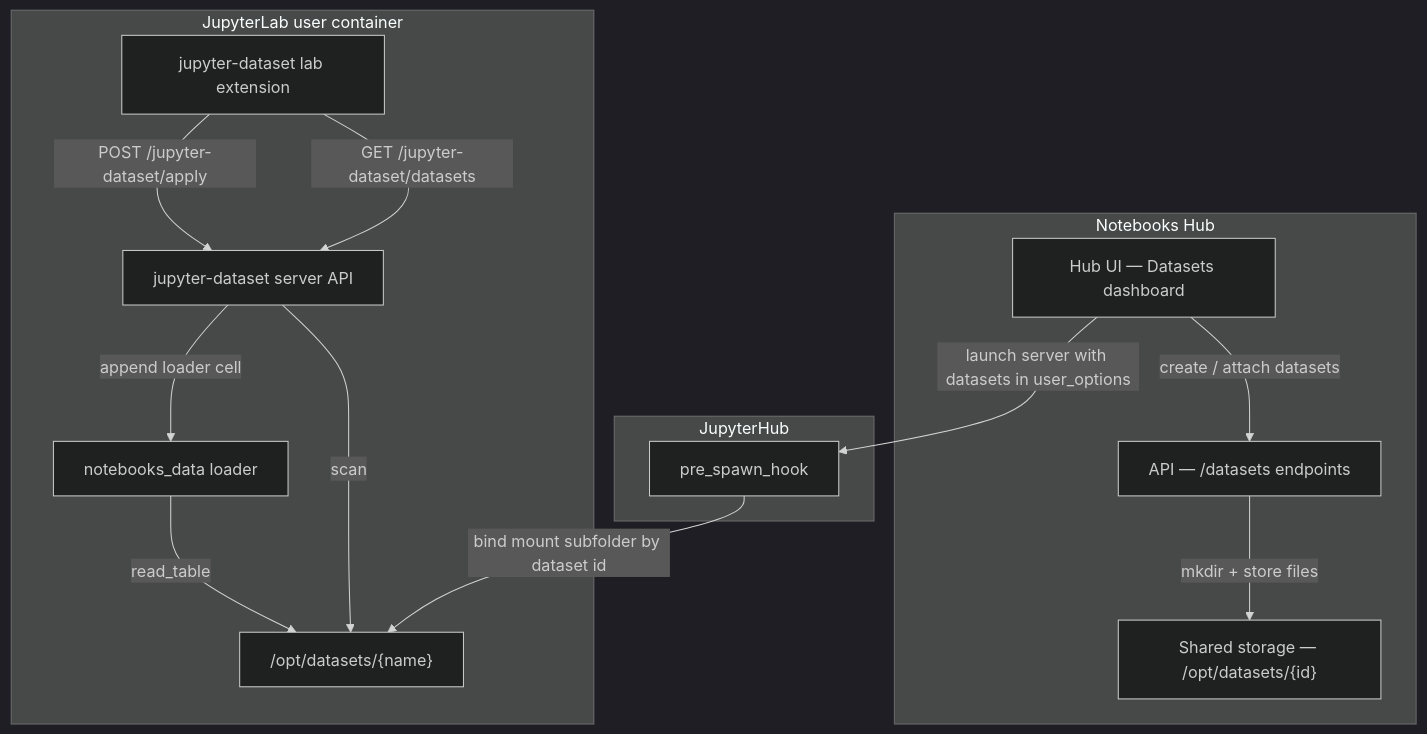
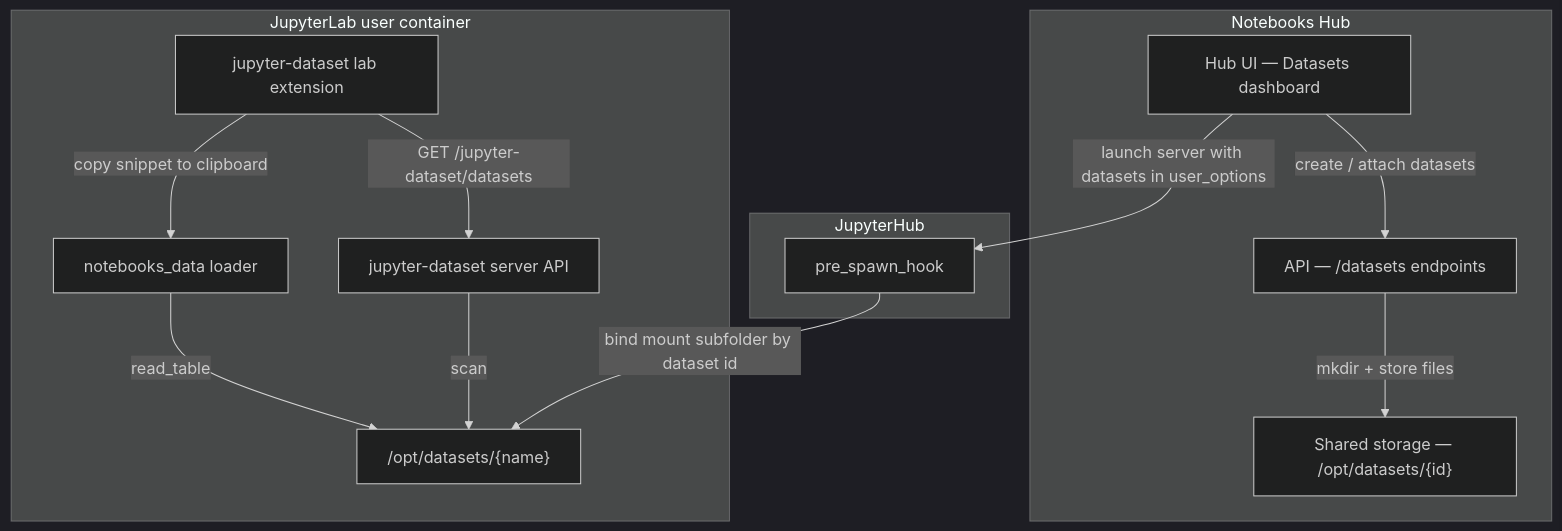
One commit to PolusAI/jupyterlab-extensions changed the diagram in jupyter-dataset/jupyterlab_datasets_sidebar.md. Above: the diagram before and after it, drawn with Mermaid (dark theme). The commit also changed other lines of this file and 4 other files, not shown here.

Commit message:
refactor(jupyter-dataset): remove Apply button from sidebar

````diff
--- a/jupyter-dataset/jupyterlab_datasets_sidebar.md
+++ b/jupyter-dataset/jupyterlab_datasets_sidebar.md
@@ -29,29 +27,28 @@
 ```mermaid
 flowchart TB
   subgraph hub [Notebooks Hub]
     UI[Hub UI — Datasets dashboard]
     API[API — /datasets endpoints]
     FS["Shared storage — /opt/datasets/{id}"]
   end
 
   subgraph jh [JupyterHub]
     Spawn[pre_spawn_hook]
   end
 
   subgraph jl [JupyterLab user container]
     ExtFE[jupyter-dataset lab extension]
     ExtAPI[jupyter-dataset server API]
     Mount["/opt/datasets/{name}"]
     NB[notebooks_data loader]
   end
 
   UI -->|create / attach datasets| API
   API -->|mkdir + store files| FS
   UI -->|launch server with datasets in user_options| Spawn
   Spawn -->|bind mount subfolder by dataset id| Mount
   ExtFE -->|GET /jupyter-dataset/datasets| ExtAPI
   ExtAPI -->|scan| Mount
-  ExtFE -->|POST /jupyter-dataset/apply| ExtAPI
-  ExtAPI -->|append loader cell| NB
+  ExtFE -->|copy snippet to clipboard| NB
   NB -->|read_table| Mount
 ```
````
